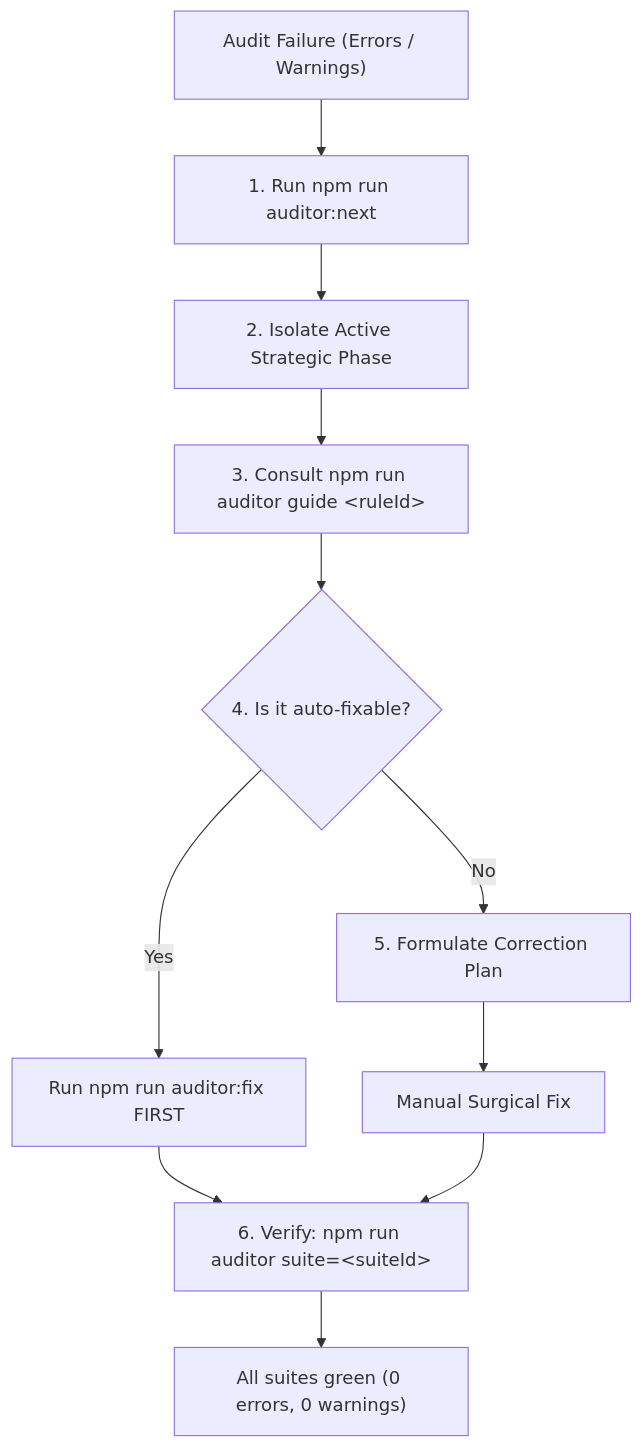
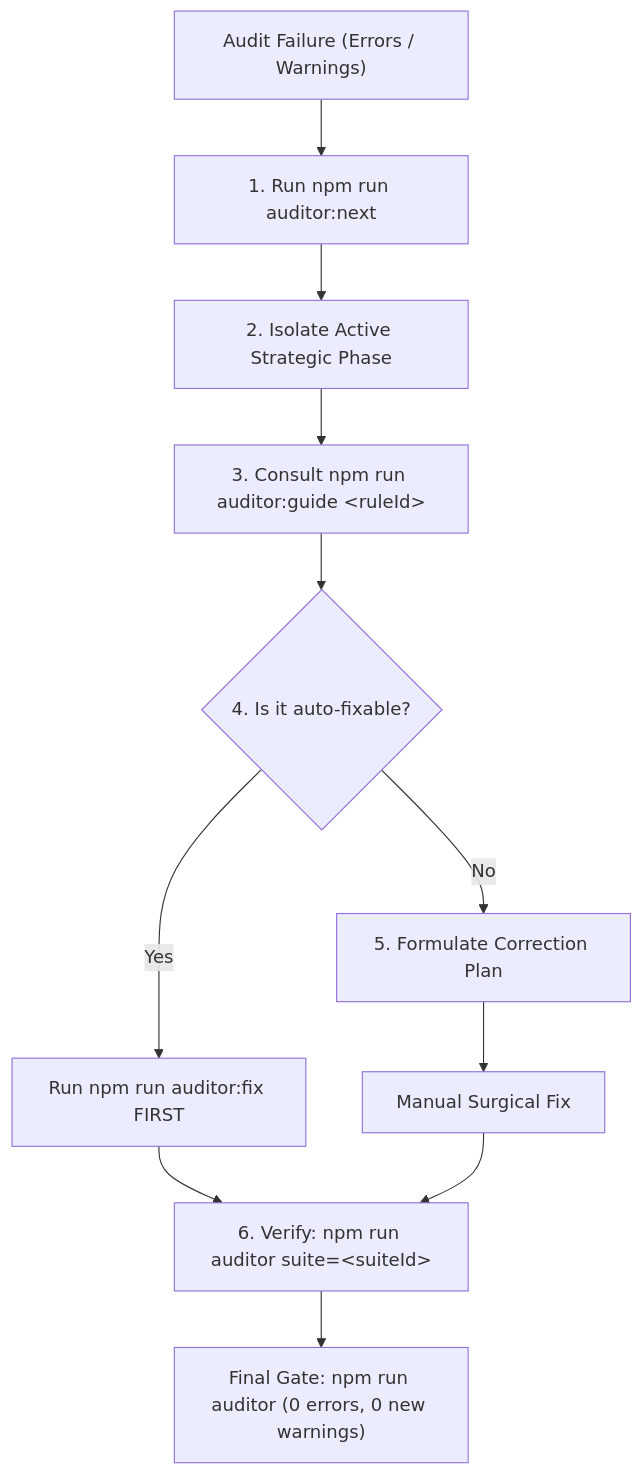
The second of 3 diagrams in .agents/skills/auditor/references/quality-gates-vs-refactor-engines.md (francogp/auditor), drawn with Mermaid before and after one commit. The commit also changed other lines of this file and 101 other files, not shown here.

First line of the commit message:
fix: modernize owned agent skills, DOX hierarchy, and CLI execution flows (v10.12.5)

````diff
--- a/.agents/skills/auditor/references/quality-gates-vs-refactor-engines.md
+++ b/.agents/skills/auditor/references/quality-gates-vs-refactor-engines.md
@@ -78,12 +78,12 @@
 ```mermaid
 flowchart TD
     E["Audit Failure (Errors / Warnings)"] --> N["1. Run npm run auditor:next"]
     N --> P["2. Isolate Active Strategic Phase"]
-    P --> G["3. Consult npm run auditor guide &lt;ruleId&gt;"]
+    P --> G["3. Consult npm run auditor:guide &lt;ruleId&gt;"]
     G --> F{"4. Is it auto-fixable?"}
     F -- Yes --> AF["Run npm run auditor:fix FIRST"]
     F -- No --> CP["5. Formulate Correction Plan"]
     AF --> V["6. Verify: npm run auditor suite=&lt;suiteId&gt;"]
     CP --> M["Manual Surgical Fix"] --> V
-    V --> Done["All suites green (0 errors, 0 warnings)"]
+    V --> Done["Final Gate: npm run auditor (0 errors, 0 new warnings)"]
 ```
````
